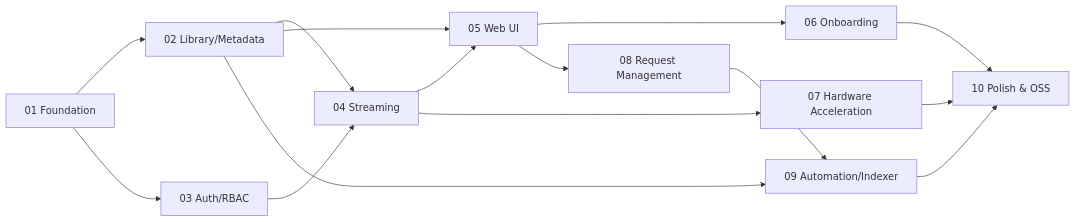
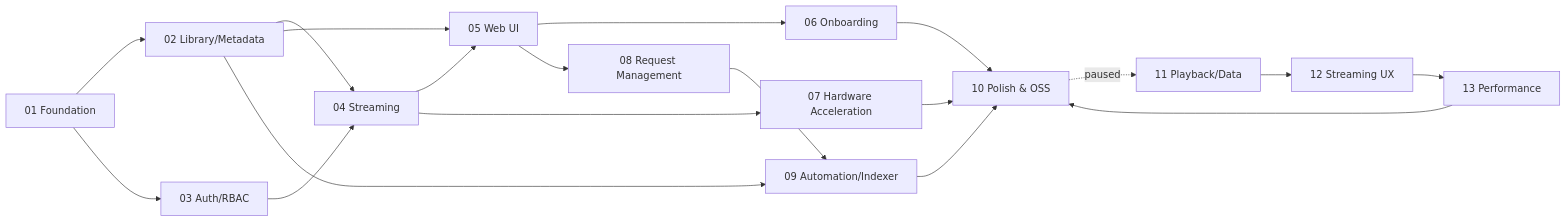
Before and after one commit to somralab/somra-media: the diagram in .plan/roadmap.md, drawn with Mermaid. The commit also changed other lines of this file and 20 other files, not shown here.

````diff
--- a/.plan/roadmap.md
+++ b/.plan/roadmap.md
@@ -27,17 +35,21 @@
 ```mermaid
 flowchart LR
   S01[01 Foundation] --> S02[02 Library/Metadata]
   S01 --> S03[03 Auth/RBAC]
   S02 --> S04[04 Streaming]
   S03 --> S04
   S02 --> S05[05 Web UI]
   S04 --> S05
   S05 --> S06[06 Onboarding]
   S04 --> S07[07 Hardware Acceleration]
   S05 --> S08[08 Request Management]
   S02 --> S09[09 Automation/Indexer]
   S08 --> S09
   S06 --> S10[10 Polish & OSS]
   S07 --> S10
   S09 --> S10
+  S10 -.paused.-> S11[11 Playback/Data]
+  S11 --> S12[12 Streaming UX]
+  S12 --> S13[13 Performance]
+  S13 --> S10
 ```
````
